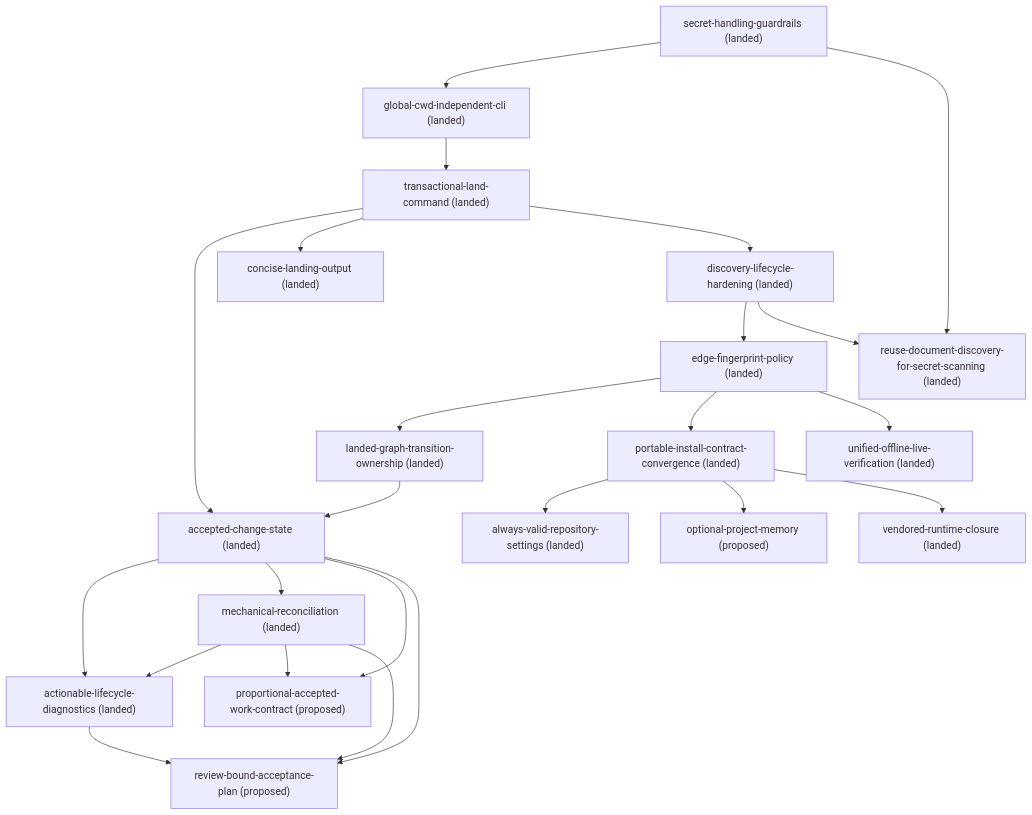
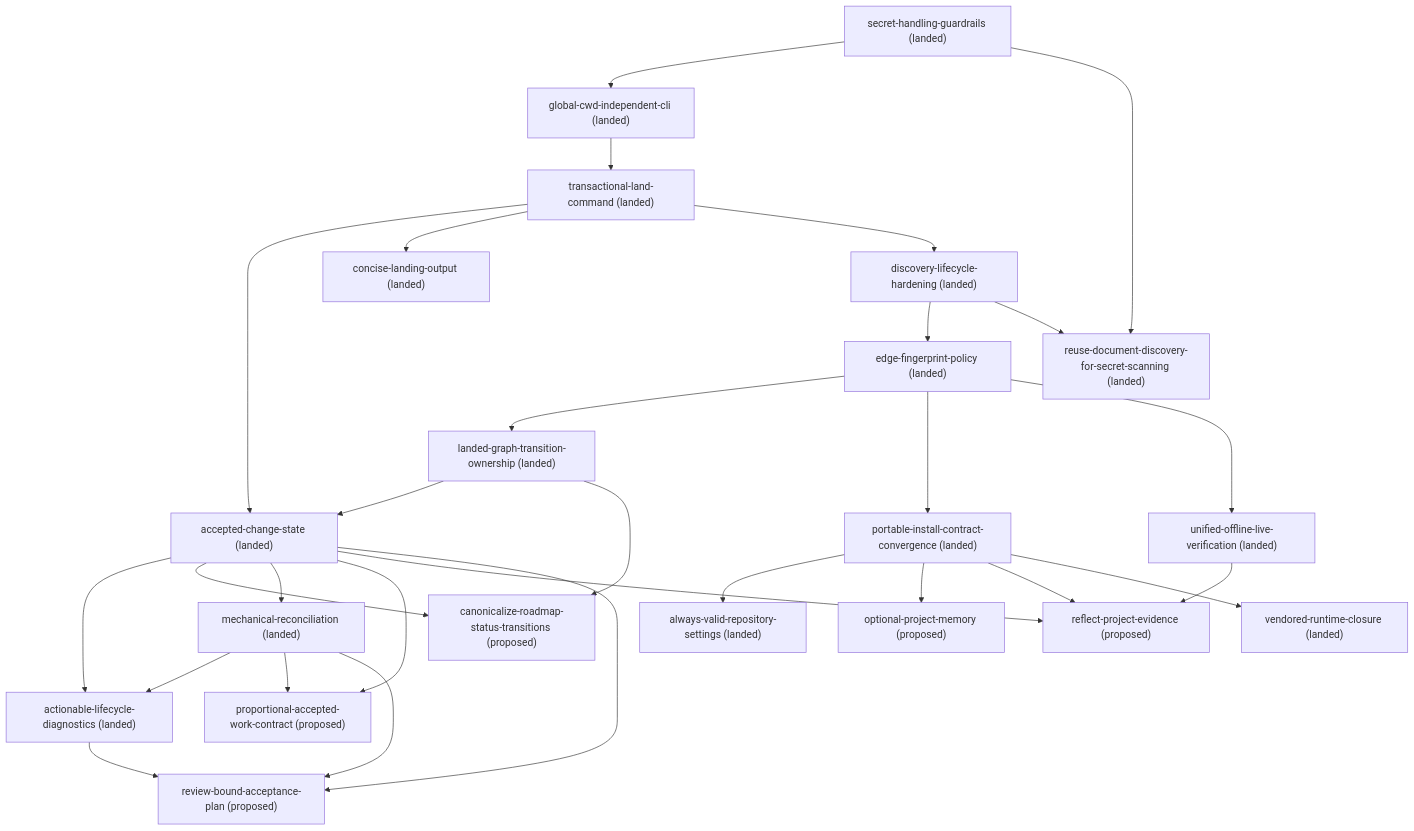
The diagram in docs/roadmap.md (kli66/doc-contract), drawn with Mermaid before and after one commit. The commit also changed other lines of this file and 5 other files, not shown here.

````diff
--- a/docs/roadmap.md
+++ b/docs/roadmap.md
@@ -52,44 +54,51 @@
 ```mermaid
 flowchart TD
     accepted_change_state["accepted-change-state (landed)"]
     actionable_lifecycle_diagnostics["actionable-lifecycle-diagnostics (landed)"]
     always_valid_repository_settings["always-valid-repository-settings (landed)"]
+    canonicalize_roadmap_status_transitions["canonicalize-roadmap-status-transitions (proposed)"]
     concise_landing_output["concise-landing-output (landed)"]
     discovery_lifecycle_hardening["discovery-lifecycle-hardening (landed)"]
     edge_fingerprint_policy["edge-fingerprint-policy (landed)"]
     global_cwd_independent_cli["global-cwd-independent-cli (landed)"]
     landed_graph_transition_ownership["landed-graph-transition-ownership (landed)"]
     mechanical_reconciliation["mechanical-reconciliation (landed)"]
     optional_project_memory["optional-project-memory (proposed)"]
     portable_install_contract_convergence["portable-install-contract-convergence (landed)"]
     proportional_accepted_work_contract["proportional-accepted-work-contract (proposed)"]
+    reflect_project_evidence["reflect-project-evidence (proposed)"]
     reuse_document_discovery_for_secret_scanning["reuse-document-discovery-for-secret-scanning (landed)"]
     review_bound_acceptance_plan["review-bound-acceptance-plan (proposed)"]
     secret_handling_guardrails["secret-handling-guardrails (landed)"]
     transactional_land_command["transactional-land-command (landed)"]
     unified_offline_live_verification["unified-offline-live-verification (landed)"]
     vendored_runtime_closure["vendored-runtime-closure (landed)"]
     accepted_change_state --> actionable_lifecycle_diagnostics
+    accepted_change_state --> canonicalize_roadmap_status_transitions
     accepted_change_state --> mechanical_reconciliation
     accepted_change_state --> proportional_accepted_work_contract
+    accepted_change_state --> reflect_project_evidence
     accepted_change_state --> review_bound_acceptance_plan
     actionable_lifecycle_diagnostics --> review_bound_acceptance_plan
     discovery_lifecycle_hardening --> edge_fingerprint_policy
     discovery_lifecycle_hardening --> reuse_document_discovery_for_secret_scanning
     edge_fingerprint_policy --> landed_graph_transition_ownership
     edge_fingerprint_policy --> portable_install_contract_convergence
     edge_fingerprint_policy --> unified_offline_live_verification
     global_cwd_independent_cli --> transactional_land_command
     landed_graph_transition_ownership --> accepted_change_state
+    landed_graph_transition_ownership --> canonicalize_roadmap_status_transitions
     mechanical_reconciliation --> actionable_lifecycle_diagnostics
     mechanical_reconciliation --> proportional_accepted_work_contract
     mechanical_reconciliation --> review_bound_acceptance_plan
     portable_install_contract_convergence --> always_valid_repository_settings
     portable_install_contract_convergence --> optional_project_memory
+    portable_install_contract_convergence --> reflect_project_evidence
     portable_install_contract_convergence --> vendored_runtime_closure
     secret_handling_guardrails --> global_cwd_independent_cli
     secret_handling_guardrails --> reuse_document_discovery_for_secret_scanning
     transactional_land_command --> accepted_change_state
     transactional_land_command --> concise_landing_output
     transactional_land_command --> discovery_lifecycle_hardening
+    unified_offline_live_verification --> reflect_project_evidence
 ```
````
